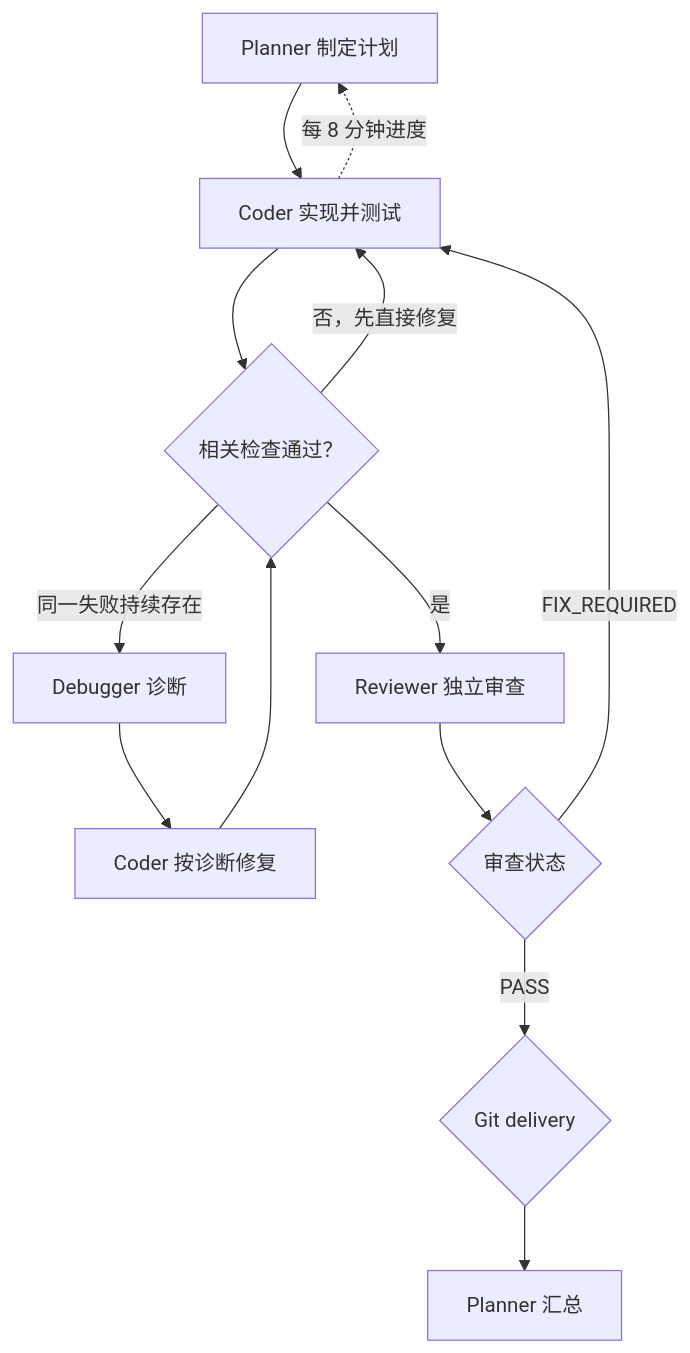
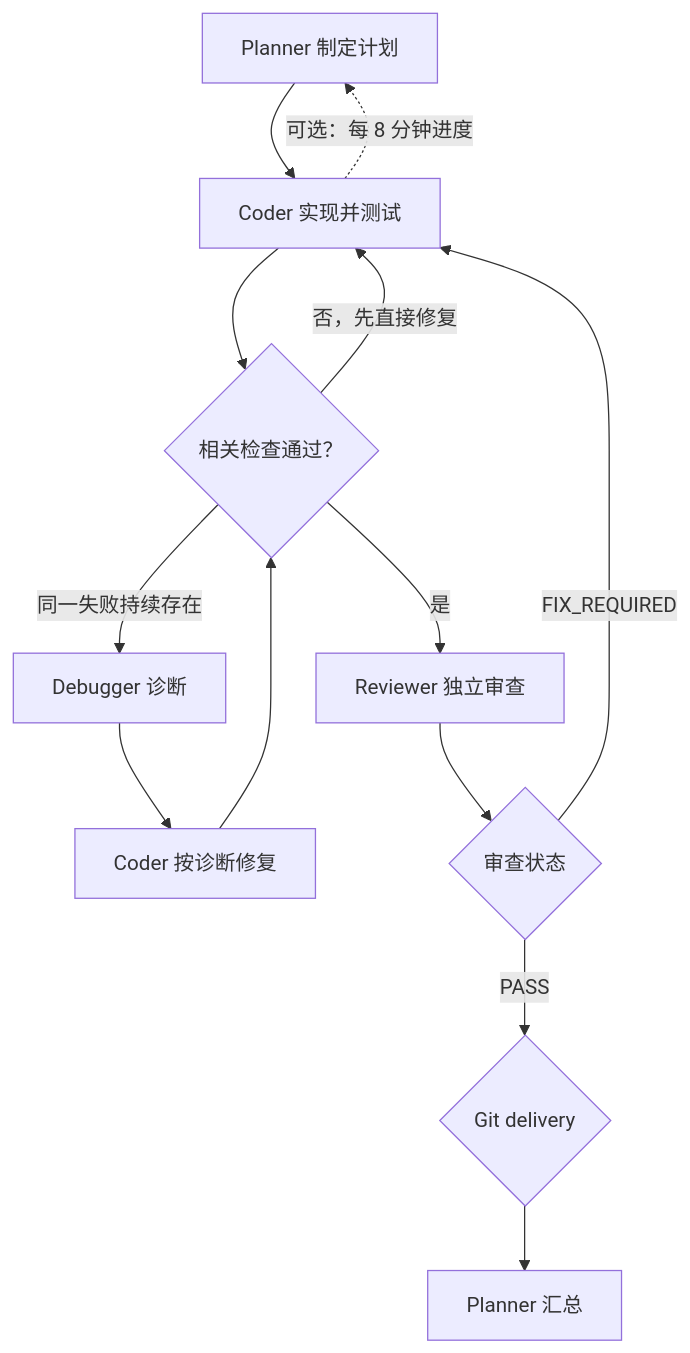
Before and after one commit to Jaeger-1231/herdr-workflow: the diagram in README.md, drawn with Mermaid. The commit also changed other lines of this file, not shown here.

````diff
--- a/README.md
+++ b/README.md
@@ -42,15 +42,15 @@
 ```mermaid
 flowchart TD
     P["Planner 制定计划"] --> C["Coder 实现并测试"]
-    C -. "每 8 分钟进度" .-> P
+    C -. "可选：每 8 分钟进度" .-> P
     C --> T{"相关检查通过？"}
     T -- "是" --> R["Reviewer 独立审查"]
     T -- "否，先直接修复" --> C
     T -- "同一失败持续存在" --> D["Debugger 诊断"]
     D --> F["Coder 按诊断修复"]
     F --> T
     R --> S{"审查状态"}
     S -- "FIX_REQUIRED" --> C
     S -- "PASS" --> G{"Git delivery"}
     G --> E["Planner 汇总"]
 ```
````
